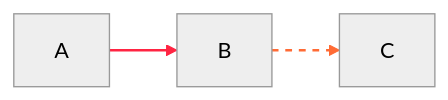
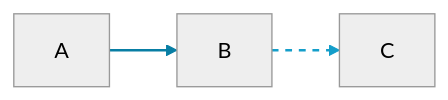
The fourth of 9 diagrams in skills/pretty-mermaid/SKILL.md (MAGO-Yong/mago-claw), drawn with Mermaid (neutral theme) before and after one commit. The commit also changed other lines of this file and 236 other files, not shown here.

````diff
--- a/skills/pretty-mermaid/SKILL.md
+++ b/skills/pretty-mermaid/SKILL.md
@@ -258,6 +245,6 @@
 ```mermaid
 flowchart LR
     A --> B --> C
-    linkStyle 0 stroke:#FF2442,stroke-width:2px
-    linkStyle 1 stroke:#FF6B35,stroke-width:2px,stroke-dasharray:5 5
+    linkStyle 0 stroke:#087EA4,stroke-width:2px
+    linkStyle 1 stroke:#149ECA,stroke-width:2px,stroke-dasharray:5 5
 ```
````
